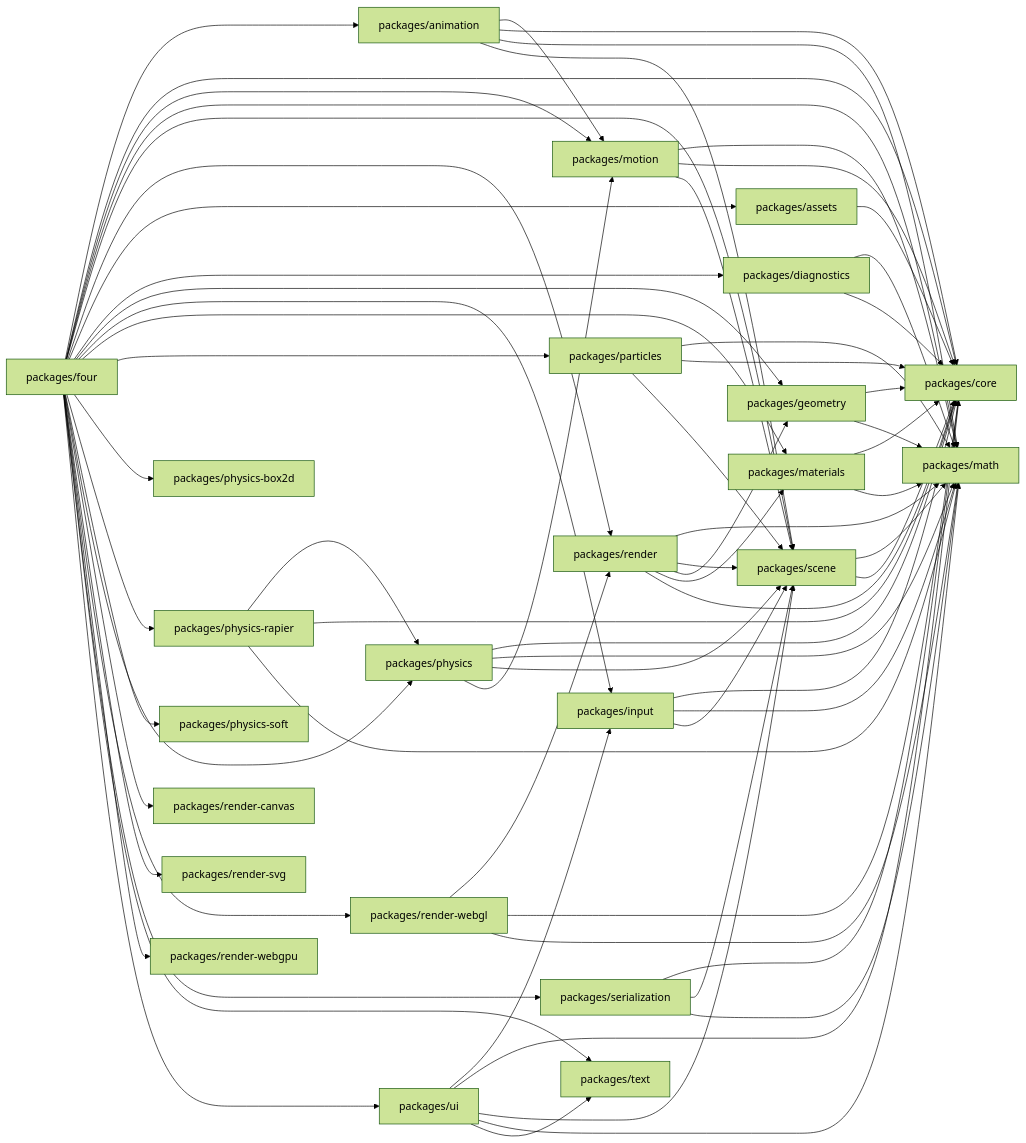
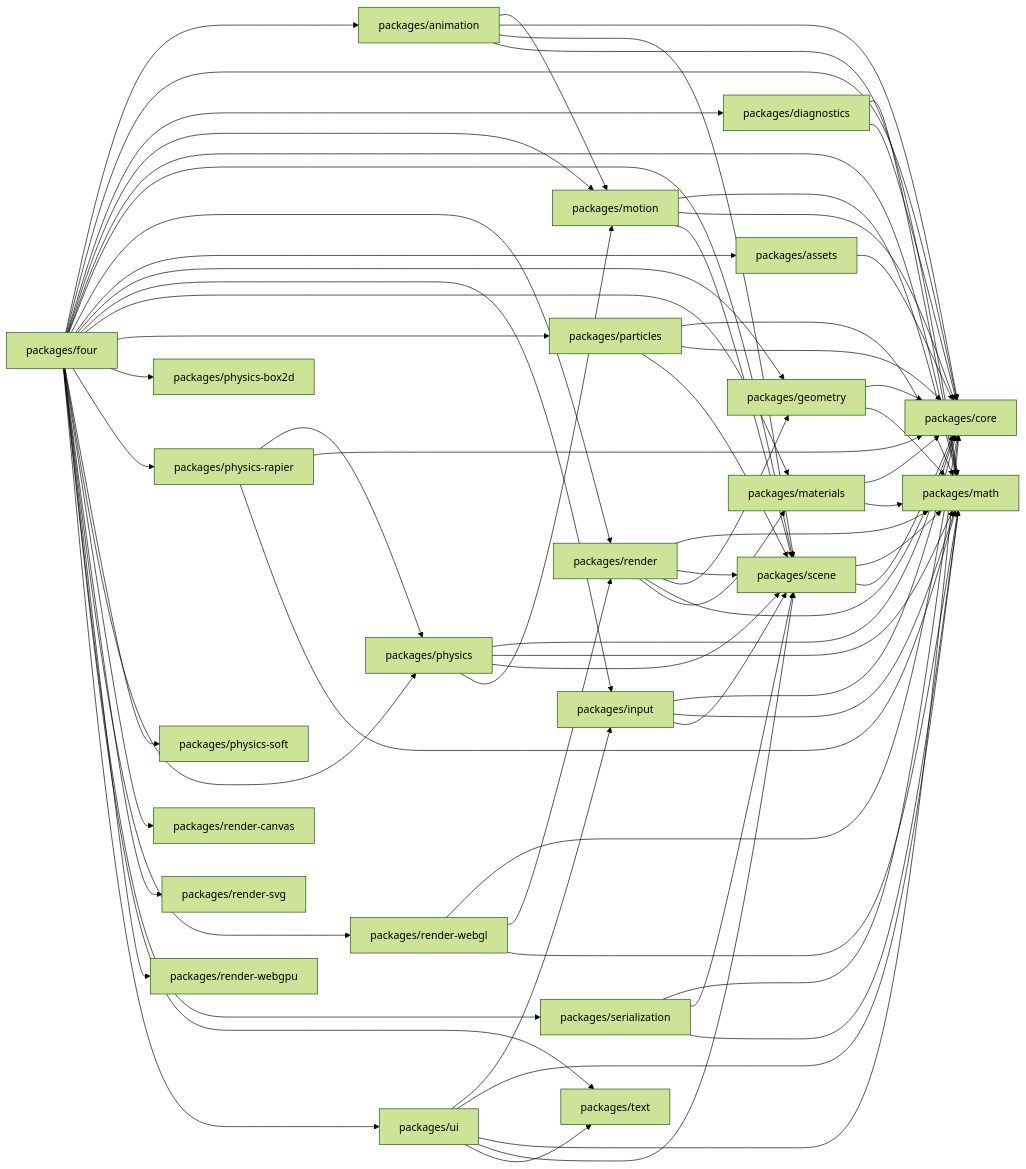
Before and after one commit to danielsimonjr/four.js: the first of 2 diagrams in docs/Architecture/DEPENDENCY_GRAPH.md, drawn with Mermaid (forest theme). The commit also changed other lines of this file and 9 other files, not shown here.

First line of the commit message:
chore(graph): allowlist requireNonNegative homonyms + regenerate artifacts

````diff
--- a/docs/Architecture/DEPENDENCY_GRAPH.md
+++ b/docs/Architecture/DEPENDENCY_GRAPH.md
@@ -133,19 +133,19 @@
     P23[packages/ui]
     P0 --> P9
     P0 --> P2
+    P0 --> P20
     P0 --> P8
-    P0 --> P20
     P1 --> P2
     P3 --> P8
     P3 --> P2
     P4 --> P0
     P4 --> P2
+    P4 --> P3
     P4 --> P9
     P4 --> P8
     P4 --> P20
     P4 --> P15
     P4 --> P1
-    P4 --> P3
     P4 --> P5
     P4 --> P6
     P4 --> P7
@@ -184,10 +184,10 @@
     P15 --> P8
     P15 --> P20
     P15 --> P5
+    P15 --> P2
     P15 --> P7
-    P15 --> P2
+    P18 --> P2
     P18 --> P15
-    P18 --> P2
     P18 --> P8
     P20 --> P8
     P20 --> P2
@@ -195,8 +195,8 @@
     P21 --> P20
     P21 --> P8
     P23 --> P6
+    P23 --> P8
     P23 --> P2
     P23 --> P20
-    P23 --> P8
     P23 --> P22
 ```
````
